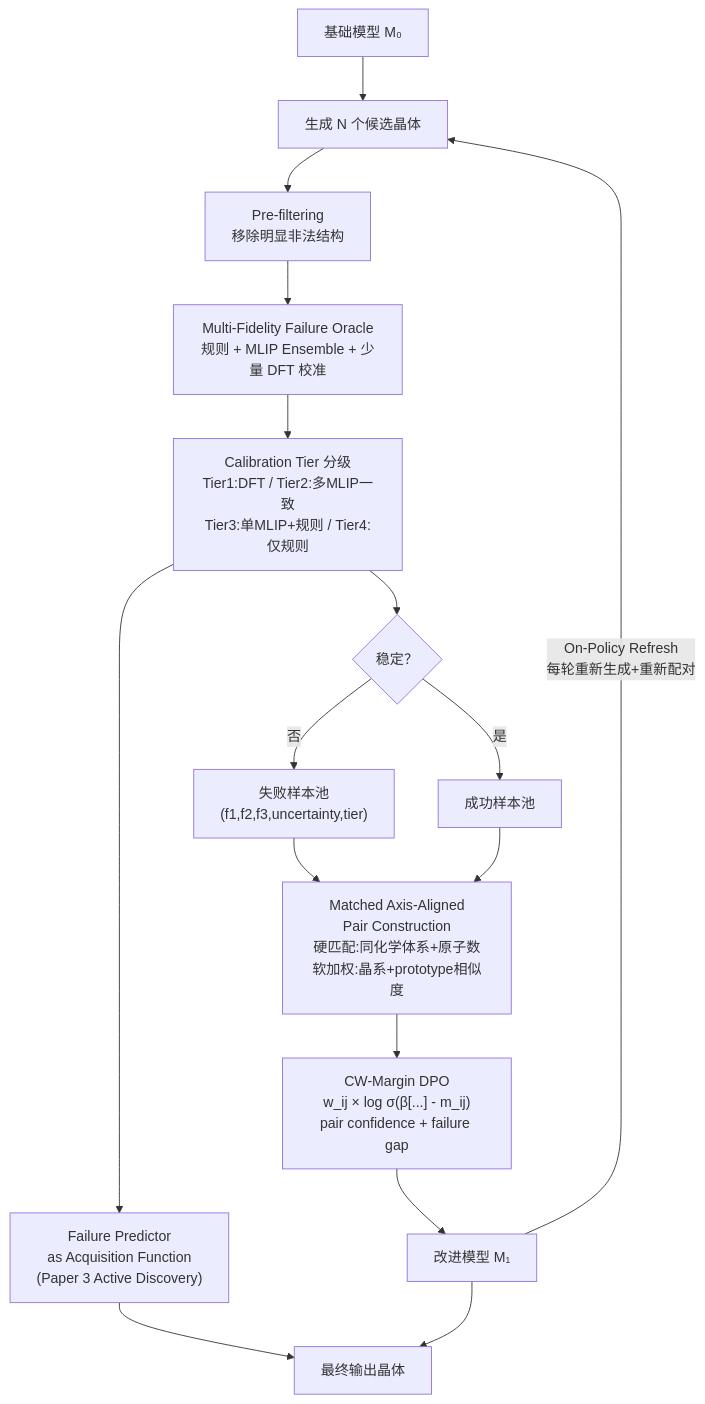
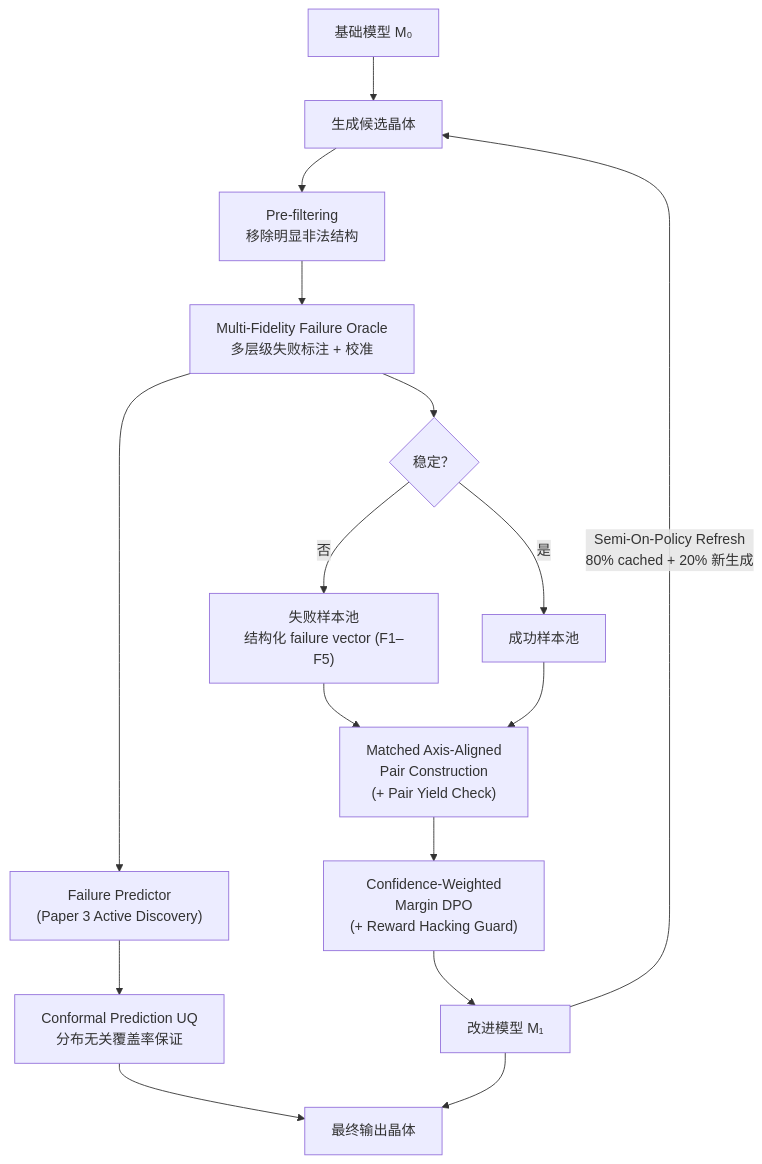
Before and after one commit to DeliXi199/fiir-crystal: the first of 2 diagrams in docs/guidance/01_fiir_project_manual.md, drawn with Mermaid. The commit also changed other lines of this file and 5 other files, not shown here.

````diff
--- a/docs/guidance/01_fiir_project_manual.md
+++ b/docs/guidance/01_fiir_project_manual.md
@@ -226,18 +101,18 @@
 ```mermaid
 flowchart TD
-    A["基础模型 M₀"] --> B["生成 N 个候选晶体"]
-    B --> PF["Pre-filtering\n移除明显非法结构"]
-    PF --> C["Multi-Fidelity Failure Oracle\n规则 + MLIP Ensemble + 少量 DFT 校准"]
-    C --> CT["Calibration Tier 分级\nTier1:DFT / Tier2:多MLIP一致\nTier3:单MLIP+规则 / Tier4:仅规则"]
-    CT --> D{"稳定？"}
+    A["基础模型 M₀"] --> B["生成候选晶体"]
+    B --> PF["Pre-filtering<br>移除明显非法结构"]
+    PF --> C["Multi-Fidelity Failure Oracle<br>多层级失败标注 + 校准"]
+    C --> D{"稳定？"}
     D -->|是| E["成功样本池"]
-    D -->|否| F["失败样本池\n(f1,f2,f3,uncertainty,tier)"]
-    F --> MAP["Matched Axis-Aligned\nPair Construction\n硬匹配:同化学体系+原子数\n软加权:晶系+prototype相似度"]
+    D -->|否| F["失败样本池<br>结构化 failure vector (F1–F5)"]
+    F --> MAP["Matched Axis-Aligned<br>Pair Construction<br>(+ Pair Yield Check)"]
     E --> MAP
-    MAP --> J["CW-Margin DPO\nw_ij × log σ(β[...] - m_ij)\npair confidence + failure gap"]
+    MAP --> J["Confidence-Weighted<br>Margin DPO<br>(+ Reward Hacking Guard)"]
     J --> K["改进模型 M₁"]
-    K -->|"On-Policy Refresh\n每轮重新生成+重新配对"| B
-    CT --> L["Failure Predictor\nas Acquisition Function\n(Paper 3 Active Discovery)"]
-    L --> M["最终输出晶体"]
+    K -->|"Semi-On-Policy Refresh<br>80% cached + 20% 新生成"| B
+    C --> L["Failure Predictor<br>(Paper 3 Active Discovery)"]
+    L --> CONF["Conformal Prediction UQ<br>分布无关覆盖率保证"]
+    CONF --> M["最终输出晶体"]
     K --> M
 ```
````
